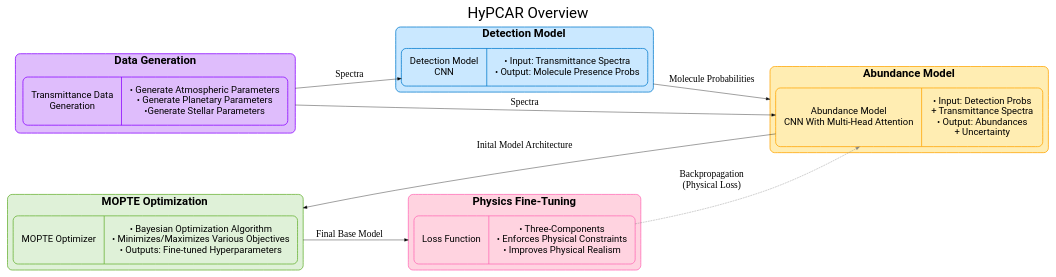
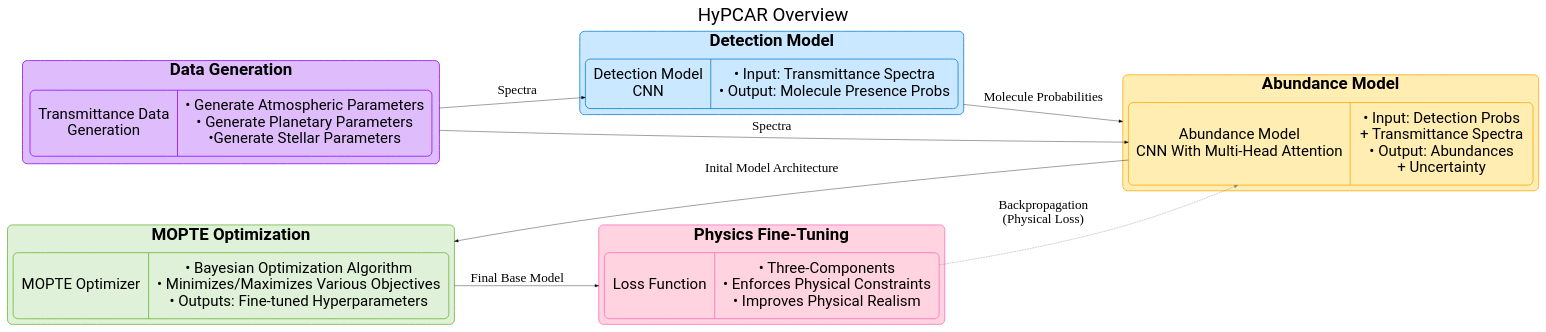
Before and after one commit to LordFurno/HyPCAR3: the diagram in visuals/MethodoloyOverview.dot, drawn with Graphviz. The commit also changed 25 other files, not shown here.

```diff
--- a/visuals/MethodoloyOverview.dot
+++ b/visuals/MethodoloyOverview.dot
@@ -1,139 +1,140 @@
 digraph projectOverview {
     graph[
         rankdir=LR,
         label="HyPCAR Overview",
         labelloc=t,
-        fontsize=40,
+        fontsize=50,
         margin=0.3,
         nodesep=0.75,
         ranksep=0.75,
         splines=true,
         compound=true,
         fontname="roboto"
     ];
 
     node[
         shape=box,
         style="rounded,filled",
         fontname="roboto",
         fontsize=16,
         penwidth=2,
         margin=0.3
     ];
 
 
     subgraph cluster_dataGeneration {
         label=<<B>Data Generation</B>>;
-        fontsize=30;
+        fontsize=45;
         style="rounded,filled";
         fillcolor="#dfbdfc";
         color="#8800ff";
         margin=20;
         penwidth=2;
 
         DG4[
            
             shape=record,
             label="{Transmittance Data\nGeneration|• Generate Atmospheric Parameters\n• Generate Planetary Parameters\n •Generate Stellar Parameters}",
-            fontsize=25,
+            fontsize=40,
             fillcolor="#dfbdfc",
             color="#8800ff",
             penwidth=2
            
            
         ];
 
 
     }
 
     subgraph cluster_detection{
         label=<<B>Detection Model</B>>
-        fontsize=30;
+        fontsize=45;
         penwidth=2;
         style="rounded,filled";
         fillcolor="#CAE8FF";
         color="#007ACC";
         margin=15;
         DM1[
             shape=record,
             label="{Detection Model\nCNN|• Input: Transmittance Spectra\n• Output: Molecule Presence Probs}",
-            fontsize=25,
+            fontsize=40,
             fillcolor="#CAE8FF",
             color="#007ACC",
             penwidth=2
         ];
     }
 
 
     subgraph cluster_abundance{
         label=<<B>Abundance Model</B>>
-        fontsize=30;
+        fontsize=45;
         penwidth=2;
         style="rounded,filled";
         fillcolor="#FFEDB2";
         color="#FFA500";
         margin=15;
         AM1[
             shape=record,
             label="{Abundance Model\nCNN With Multi-Head Attention|• Input: Detection Probs\n   + Transmittance Spectra\n• Output: Abundances\n   + Uncertainty}",
-            fontsize=25,
+            fontsize=40,
             fillcolor="#FFEDB2",
             color="#FFA500",
             penwidth=2
         ];    
     }
 
 
    
 
     subgraph cluster_mopte {
         label=<<B>MOPTE Optimization</B>>;
-        fontsize=30;
+        fontsize=45;
         penwidth=2;
         style="rounded,filled";
         fillcolor="#DFF1D8";
         color="#66B032";
         margin=15;
 
         MO1[
             shape=record,
             label="{MOPTE Optimizer|• Bayesian Optimization Algorithm\n• Minimizes/Maximizes Various Objectives\n• Outputs: Fine-tuned Hyperparameters}",
-            fontsize=25,
+            fontsize=40,
             fillcolor="#DFF1D8",
             color="#66B032",
             penwidth=2
         ];
     }
 
 
     subgraph cluster_physics {
         label=<<B>Physics Fine-Tuning</B>>;
-        fontsize=30;
+        fontsize=45;
         penwidth=2;
         style="rounded,filled";
         fillcolor="#FFD3E0";
         color="#FF69B4";
         margin=15;
 
         PF1[
             shape=record,
             label="{Loss Function|• Three-Components\n• Enforces Physical Constraints\n• Improves Physical Realism}",
-            fontsize=25,
+            fontsize=40,
             fillcolor="#FFD3E0",
             color="#FF69B4",
             penwidth=2
         ];
     }
    
    
-    DG4->DM1 [ltail=cluster_dataGeneration,  label="Spectra", fontsize=25];
-    DG4->AM1 [ltail=cluster_dataGeneration, label="Spectra", fontsize=25];
+    DG4->DM1 [ltail=cluster_dataGeneration,  label="Spectra", fontsize=35];
+    DG4->AM1 [ltail=cluster_dataGeneration, label="Spectra", fontsize=35];
     
     
-    DM1->AM1 [ltail=cluster_detection lhead=cluster_abundance label="Molecule Probabilities", fontsize=25];
-    AM1->MO1 [lhead=cluster_mopte, label="Inital Model Architecture", fontsize=25 constraint=false, labeldistance=5];
-    MO1->PF1 [ltail=cluster_mopte, lhead=cluster_physics, label="Final Base Model", fontsize=25];
-    PF1->AM1 [style=dashed, color=gray, label="Backpropagation\n(Physical Loss)", fontsize=25];
+    DM1->AM1 [ltail=cluster_detection lhead=cluster_abundance label="Molecule Probabilities", fontsize=35];
+    AM1->MO1 [lhead=cluster_mopte, label="Inital Model Architecture", fontsize=35 constraint=false, labeldistance=5];
+    MO1->PF1 [ltail=cluster_mopte, lhead=cluster_physics, label="Final Base Model", fontsize=35];
+    PF1->AM1 [style=dashed, color=gray, label="Backpropagation\n(Physical Loss)", fontsize=35];
     // { rank=same;DM1;AM1;ltail=cluster_detection;lhead=cluster_abundance }
 
 }
+#dot -Tpng -gDPI=1000 MethodoloyOverview.dot -o hypcarOverview.png
```
